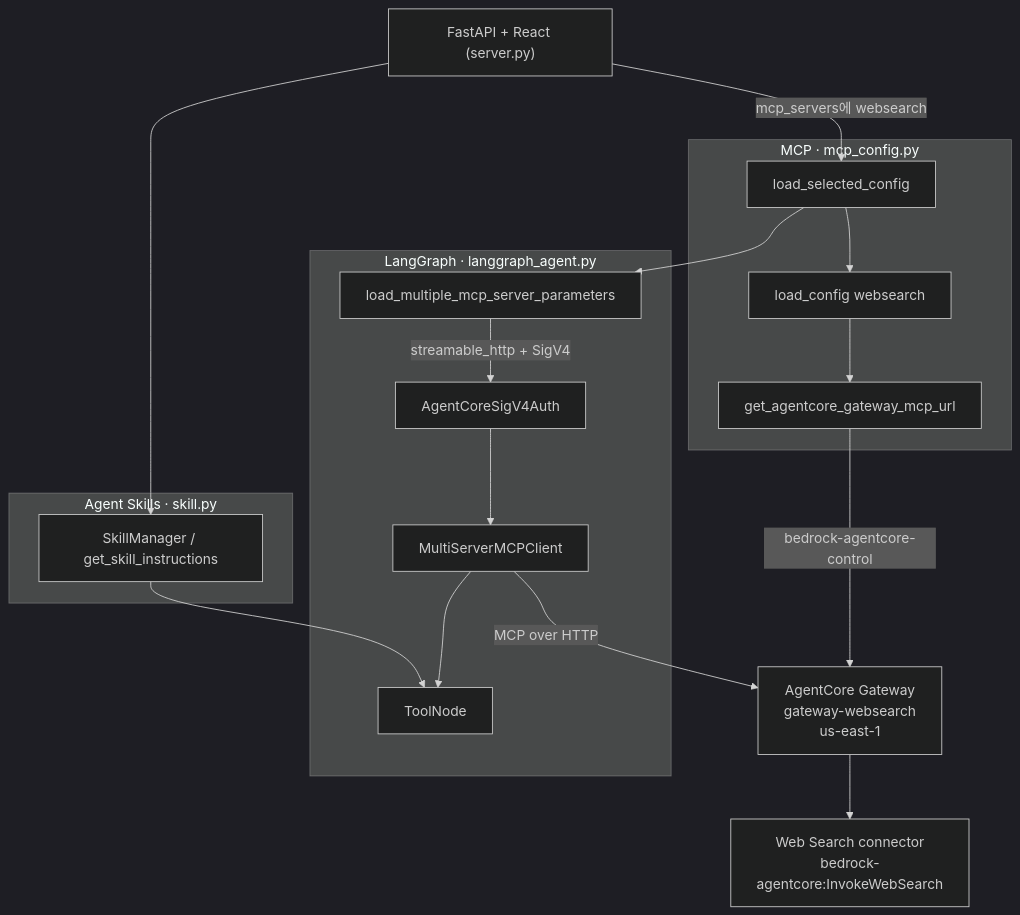
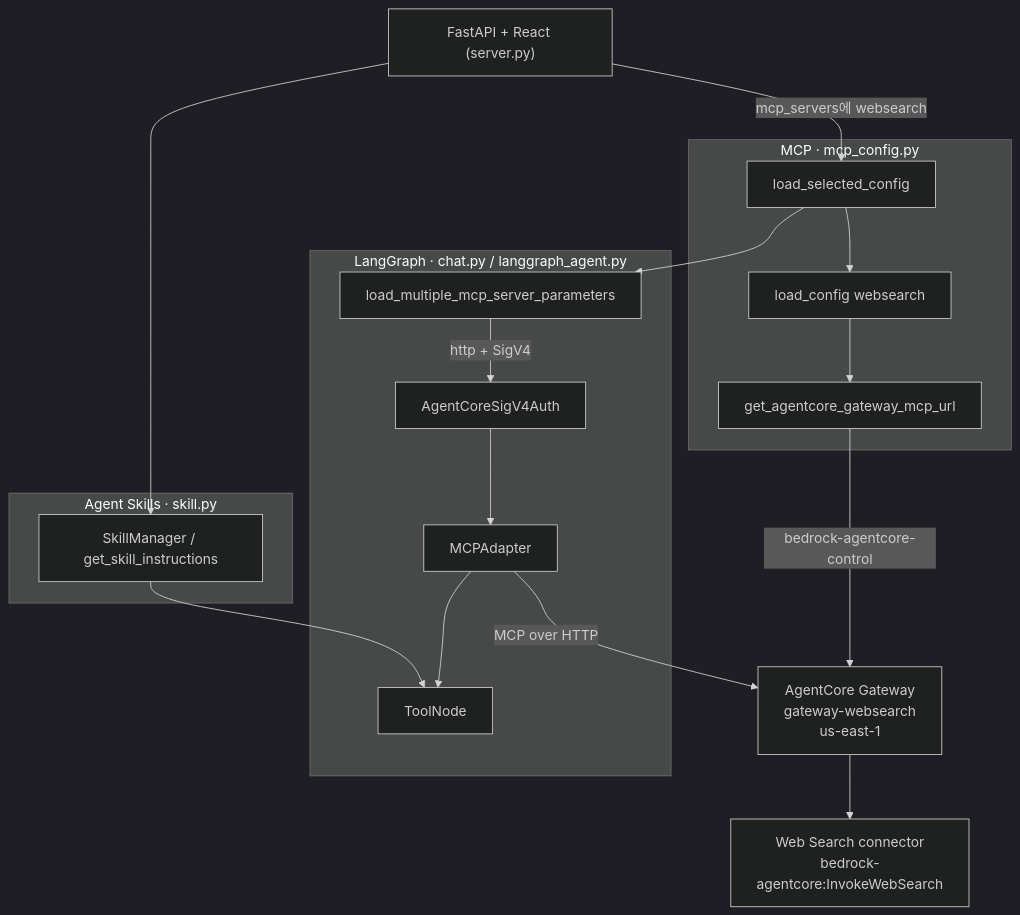
The second of 3 diagrams in websearch.md (kyopark2014/agent-skills), drawn with Mermaid (dark theme) before and after one commit. The commit also changed other lines of this file and 23 other files, not shown here.

````diff
--- a/websearch.md
+++ b/websearch.md
@@ -142,38 +142,38 @@
 ```mermaid
 flowchart TB
   UI["FastAPI + React (server.py)"]
 
   subgraph Skills["Agent Skills · skill.py"]
     SK[SkillManager / get_skill_instructions]
   end
 
   subgraph MCP["MCP · mcp_config.py"]
     LC[load_config websearch]
     GURL[get_agentcore_gateway_mcp_url]
     LSC[load_selected_config]
   end
 
-  subgraph LG["LangGraph · langgraph_agent.py"]
+  subgraph LG["LangGraph · chat.py / langgraph_agent.py"]
     LMS[load_multiple_mcp_server_parameters]
     AUTH[AgentCoreSigV4Auth]
-    MSC[MultiServerMCPClient]
+    MSC[MCPAdapter]
     TN[ToolNode]
   end
 
   GW["AgentCore Gateway\ngateway-websearch\nus-east-1"]
   WS["Web Search connector\nbedrock-agentcore:InvokeWebSearch"]
 
   UI -->|mcp_servers에 websearch| LSC
   UI --> SK
   LSC --> LC
   LC --> GURL
   GURL -->|bedrock-agentcore-control| GW
 
   LSC --> LMS
-  LMS -->|streamable_http + SigV4| AUTH
+  LMS -->|http + SigV4| AUTH
   AUTH --> MSC
   MSC -->|MCP over HTTP| GW
   GW --> WS
   MSC --> TN
   SK --> TN
 ```
````
